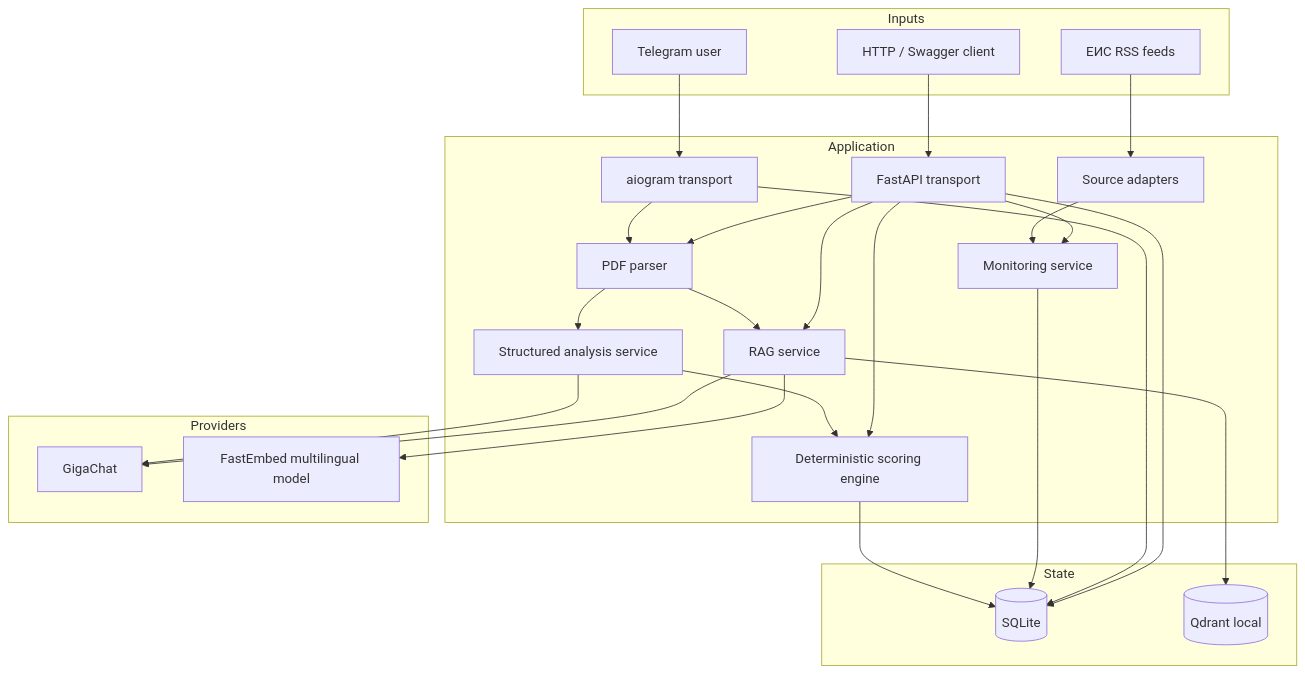
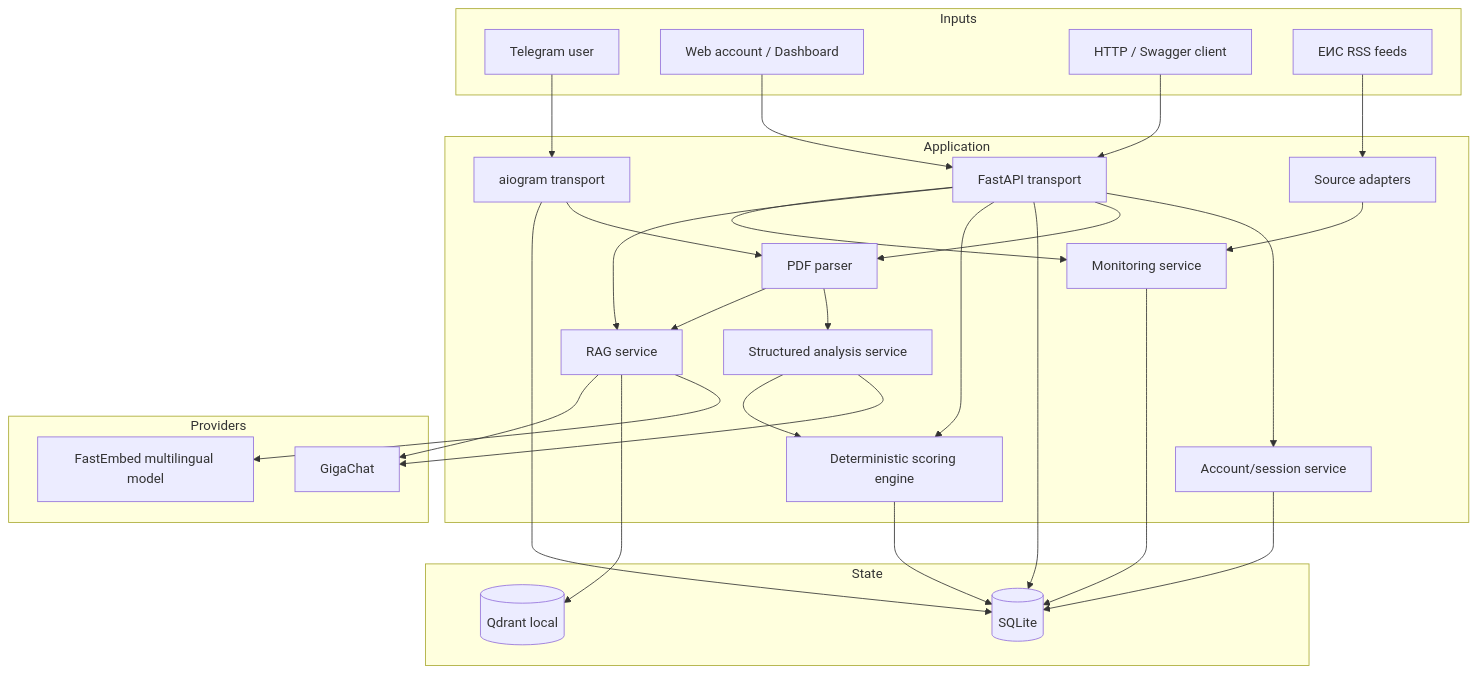
Before and after one commit to Ramzes2023/TenderLens-AI: the diagram in ARCHITECTURE.md, drawn with Mermaid. The commit also changed other lines of this file and 25 other files, not shown here.

````diff
--- a/ARCHITECTURE.md
+++ b/ARCHITECTURE.md
@@ -5,48 +5,53 @@
 ```mermaid
 flowchart TB
     subgraph Inputs
         TG[Telegram user]
+        WEB[Web account / Dashboard]
         HTTP[HTTP / Swagger client]
         EIS[ЕИС RSS feeds]
     end
 
     subgraph Application
         BOT[aiogram transport]
         API[FastAPI transport]
+        AUTH[Account/session service]
         SRC[Source adapters]
         PARSE[PDF parser]
         ANALYZE[Structured analysis service]
         SCORE[Deterministic scoring engine]
         RAGSVC[RAG service]
         MON[Monitoring service]
     end
 
     subgraph Providers
         GIGA[GigaChat]
         EMB[FastEmbed multilingual model]
     end
 
     subgraph State
         DB[(SQLite)]
         QD[(Qdrant local)]
     end
 
     TG --> BOT
+    WEB --> API
     HTTP --> API
+    API --> AUTH
+    AUTH --> DB
     EIS --> SRC --> MON
     BOT --> PARSE
     API --> PARSE
     PARSE --> ANALYZE --> GIGA
     ANALYZE --> SCORE
     PARSE --> RAGSVC
     RAGSVC --> EMB
     RAGSVC --> QD
     RAGSVC --> GIGA
     SCORE --> DB
     MON --> DB
     BOT --> DB
     API --> DB
     API --> SCORE
     API --> RAGSVC
     API --> MON
 ```
````
